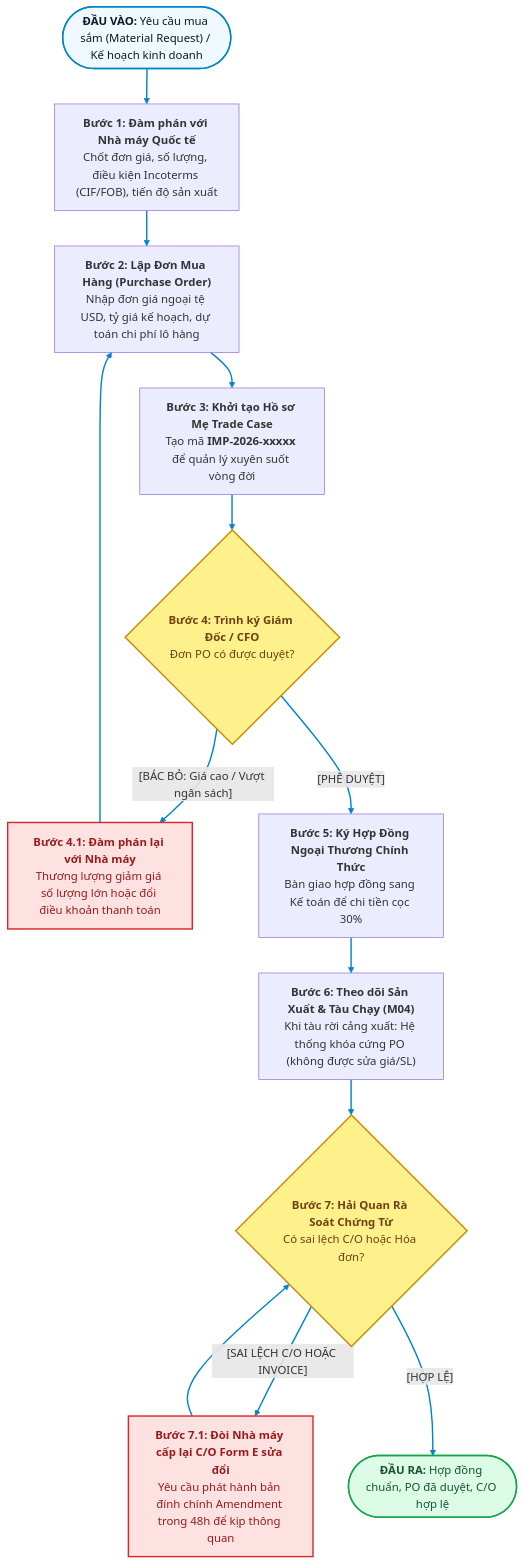
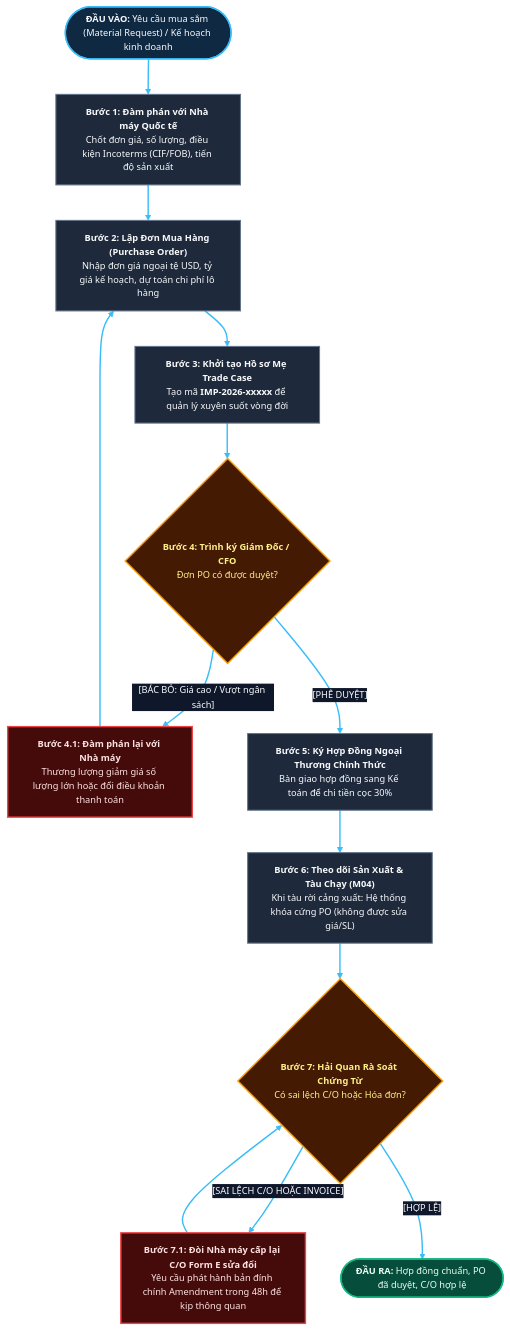
Before and after one commit to capkimkhanh2k5/Logistics_ERPNext_RAG: the second of 7 diagrams in LUONG_NGHIEP_VU_CAC_VAI_TRO_XUAT_NHAP_KHAU.md, drawn with Mermaid. The commit also changed other lines of this file, not shown here.

Commit message:
style: fix font-family css syntax to Segoe UI and standardize card styling across all diagrams

````diff
--- a/LUONG_NGHIEP_VU_CAC_VAI_TRO_XUAT_NHAP_KHAU.md
+++ b/LUONG_NGHIEP_VU_CAC_VAI_TRO_XUAT_NHAP_KHAU.md
@@ -61,40 +57,40 @@
 ```mermaid
 %%{init: {
   'theme': 'base',
   'themeVariables': {
-    'fontFamily': "'Inter', 'Segoe UI', -apple-system, Roboto, sans-serif",
+    'fontFamily': 'Segoe UI, Arial, sans-serif',
     'fontSize': '13px',
-    'primaryColor': '#FFFFFF',
-    'primaryTextColor': '#0F172A',
-    'primaryBorderColor': '#0284C7',
-    'lineColor': '#0284C7',
-    'edgeLabelBackground':'#FFFFFF'
+    'primaryColor': '#1E293B',
+    'primaryTextColor': '#F8FAFC',
+    'primaryBorderColor': '#38BDF8',
+    'lineColor': '#38BDF8',
+    'edgeLabelBackground': '#0F172A'
   }
 }}%%
 flowchart TD
-    B_IN(["<b>ĐẦU VÀO:</b> Yêu cầu mua sắm (Material Request) / Kế hoạch kinh doanh"]) --> B1
+    classDef default fill:#1E293B,stroke:#64748B,stroke-width:1.5px,color:#F8FAFC,font-family:Segoe UI,Arial,sans-serif;
+    classDef decision fill:#451A03,stroke:#F59E0B,stroke-width:2px,color:#FEF08A,font-family:Segoe UI,Arial,sans-serif;
+    classDef input fill:#0F2942,stroke:#38BDF8,stroke-width:2px,color:#F8FAFC,font-family:Segoe UI,Arial,sans-serif;
+    classDef error fill:#450A0A,stroke:#EF4444,stroke-width:2px,color:#FEE2E2,font-family:Segoe UI,Arial,sans-serif;
+    classDef success fill:#064E3B,stroke:#10B981,stroke-width:2px,color:#ECFDF5,font-family:Segoe UI,Arial,sans-serif;
+
+    B_IN(["<b>ĐẦU VÀO:</b> Yêu cầu mua sắm (Material Request) / Kế hoạch kinh doanh"]):::input --> B1
     B1["<b>Bước 1: Đàm phán với Nhà máy Quốc tế</b><br>Chốt đơn giá, số lượng, điều kiện Incoterms (CIF/FOB), tiến độ sản xuất"] --> B2
     B2["<b>Bước 2: Lập Đơn Mua Hàng (Purchase Order)</b><br>Nhập đơn giá ngoại tệ USD, tỷ giá kế hoạch, dự toán chi phí lô hàng"] --> B3
     B3["<b>Bước 3: Khởi tạo Hồ sơ Mẹ Trade Case</b><br>Tạo mã <b>IMP-2026-xxxxx</b> để quản lý xuyên suốt vòng đời"] --> B4
-    B4{"<b>Bước 4: Trình ký Giám Đốc / CFO</b><br>Đơn PO có được duyệt?"}
+    B4{"<b>Bước 4: Trình ký Giám Đốc / CFO</b><br>Đơn PO có được duyệt?"}:::decision
     
-    B4 -- "[BÁC BỎ: Giá cao / Vượt ngân sách]" --> B_REVISE["<b>Bước 4.1: Đàm phán lại với Nhà máy</b><br>Thương lượng giảm giá số lượng lớn hoặc đổi điều khoản thanh toán"]
+    B4 -- "[BÁC BỎ: Giá cao / Vượt ngân sách]" --> B_REVISE["<b>Bước 4.1: Đàm phán lại với Nhà máy</b><br>Thương lượng giảm giá số lượng lớn hoặc đổi điều khoản thanh toán"]:::error
     B_REVISE --> B2
     
     B4 -- "[PHÊ DUYỆT]" --> B5["<b>Bước 5: Ký Hợp Đồng Ngoại Thương Chính Thức</b><br>Bàn giao hợp đồng sang Kế toán để chi tiền cọc 30%"] --> B6
     
-    B6["<b>Bước 6: Theo dõi Sản Xuất & Tàu Chạy (M04)</b><br>Khi tàu rời cảng xuất: Hệ thống khóa cứng PO (không được sửa giá/SL)"] --> B7{"<b>Bước 7: Hải Quan Rà Soát Chứng Từ</b><br>Có sai lệch C/O hoặc Hóa đơn?"}
+    B6["<b>Bước 6: Theo dõi Sản Xuất & Tàu Chạy (M04)</b><br>Khi tàu rời cảng xuất: Hệ thống khóa cứng PO (không được sửa giá/SL)"] --> B7{"<b>Bước 7: Hải Quan Rà Soát Chứng Từ</b><br>Có sai lệch C/O hoặc Hóa đơn?"}:::decision
     
-    B7 -- "[SAI LỆCH C/O HOẶC INVOICE]" --> B_AMEND["<b>Bước 7.1: Đòi Nhà máy cấp lại C/O Form E sửa đổi</b><br>Yêu cầu phát hành bản đính chính Amendment trong 48h để kịp thông quan"]
+    B7 -- "[SAI LỆCH C/O HOẶC INVOICE]" --> B_AMEND["<b>Bước 7.1: Đòi Nhà máy cấp lại C/O Form E sửa đổi</b><br>Yêu cầu phát hành bản đính chính Amendment trong 48h để kịp thông quan"]:::error
     B_AMEND --> B7
     
-    B7 -- "[HỢP LỆ]" --> B_OUT(["<b>ĐẦU RA:</b> Hợp đồng chuẩn, PO đã duyệt, C/O hợp lệ"])
+    B7 -- "[HỢP LỆ]" --> B_OUT(["<b>ĐẦU RA:</b> Hợp đồng chuẩn, PO đã duyệt, C/O hợp lệ"]):::success
 
-    style B_IN fill:#F0F9FF,stroke:#0284C7,stroke-width:2px,color:#0F172A
-    style B4 fill:#FEF08A,stroke:#CA8A04,stroke-width:2px,color:#713F12
-    style B7 fill:#FEF08A,stroke:#CA8A04,stroke-width:2px,color:#713F12
-    style B_REVISE fill:#FEE2E2,stroke:#DC2626,stroke-width:2px,color:#991B1B
-    style B_AMEND fill:#FEE2E2,stroke:#DC2626,stroke-width:2px,color:#991B1B
-    style B_OUT fill:#DCFCE7,stroke:#16A34A,stroke-width:2px,color:#14532D
-    linkStyle default stroke:#0284C7,stroke-width:2px;
+    linkStyle default stroke:#38BDF8,stroke-width:2px;
 ```
````
